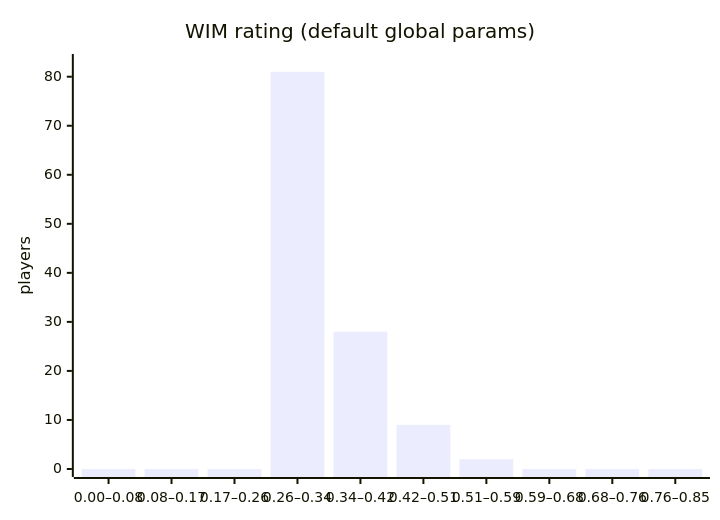
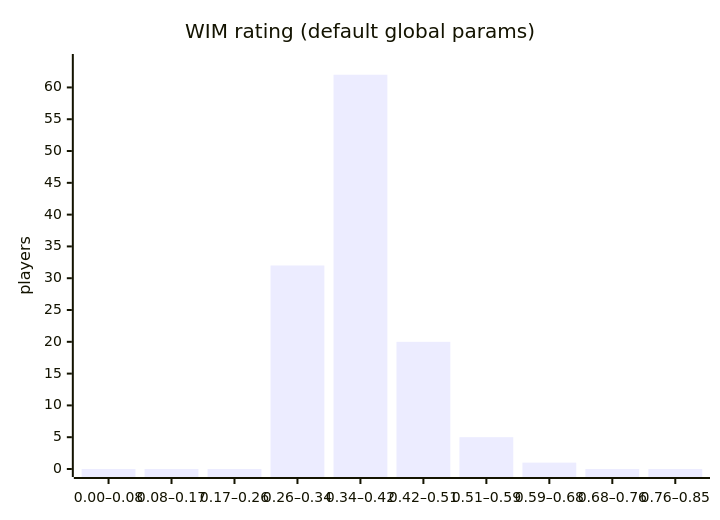
One commit to ayaan-rulhania/weighted-impact-metric-cricket changed the first of 5 diagrams in test.md. Above: the diagram before and after it, drawn with Mermaid. The commit also changed other lines of this file and 3 other files, not shown here.

````diff
--- a/test.md
+++ b/test.md
@@ -46,7 +46,7 @@
 ```mermaid
 xychart-beta
     title "WIM rating (default global params)"
     x-axis ["0.00–0.08", "0.08–0.17", "0.17–0.26", "0.26–0.34", "0.34–0.42", "0.42–0.51", "0.51–0.59", "0.59–0.68", "0.68–0.76", "0.76–0.85"]
-    y-axis "players" 0 --> 83
-    bar [0, 0, 0, 81, 28, 9, 2, 0, 0, 0]
+    y-axis "players" 0 --> 64
+    bar [0, 0, 0, 32, 62, 20, 5, 1, 0, 0]
 ```
````
